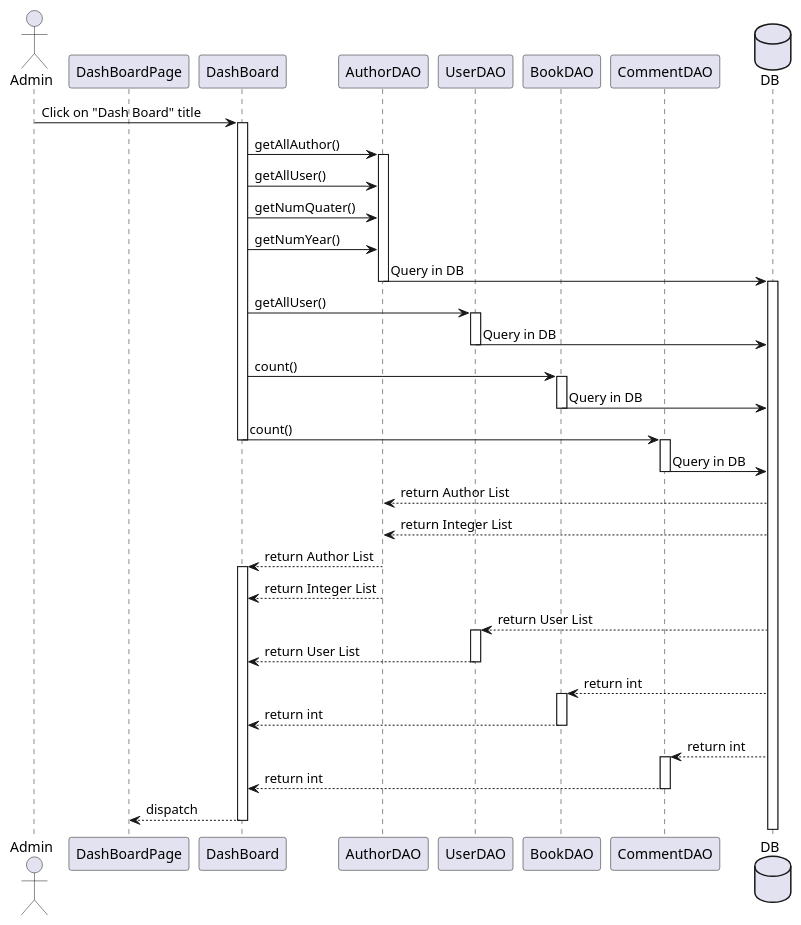
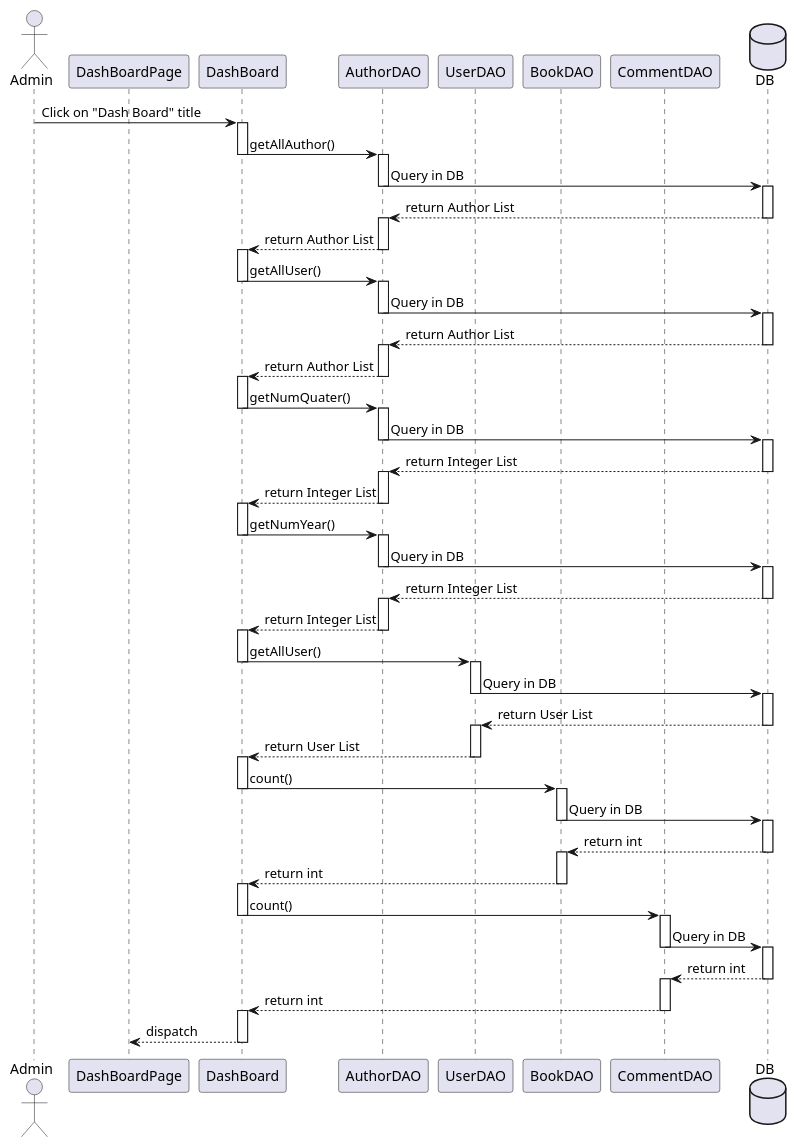
One commit to baspdd/desktop-tutorial changed the diagram in SQ/dashboard.puml. Above: the diagram before and after it, drawn with PlantUML. The commit also changed 17 other files, not shown here.

```diff
--- a/SQ/dashboard.puml
+++ b/SQ/dashboard.puml
@@ -1,48 +1,53 @@
 @startuml
 
 actor       Admin
 participant DashBoardPage
 participant DashBoard
 participant AuthorDAO
 participant UserDAO
 participant BookDAO
 participant CommentDAO
 
 
 database DB
 
 
 Admin -> DashBoard  --++: Click on "Dash Board" title
-DashBoard -> AuthorDAO ++: getAllAuthor()
-DashBoard -> AuthorDAO : getAllUser()
-DashBoard -> AuthorDAO : getNumQuater()
-DashBoard -> AuthorDAO : getNumYear()
+DashBoard -> AuthorDAO --++: getAllAuthor()
 AuthorDAO -> DB --++ : Query in DB
+DB --> AuthorDAO --++: return Author List
+AuthorDAO --> DashBoard --++: return Author List
 
-DashBoard -> UserDAO ++: getAllUser()
-UserDAO -> DB -- : Query in DB
+DashBoard -> AuthorDAO --++: getAllUser()
+AuthorDAO -> DB --++ : Query in DB
+DB --> AuthorDAO --++: return Author List
+AuthorDAO --> DashBoard --++: return Author List
 
-DashBoard -> BookDAO ++: count()
-BookDAO -> DB -- : Query in DB
+DashBoard -> AuthorDAO --++: getNumQuater()
+AuthorDAO -> DB --++ : Query in DB
+DB --> AuthorDAO --++: return Integer List
+AuthorDAO --> DashBoard --++: return Integer List
+
+DashBoard -> AuthorDAO --++: getNumYear()
+AuthorDAO -> DB --++ : Query in DB
+DB --> AuthorDAO --++: return Integer List
+AuthorDAO --> DashBoard --++: return Integer List
+
+DashBoard -> UserDAO --++: getAllUser()
+UserDAO -> DB --++ : Query in DB
+DB --> UserDAO --++: return User List
+UserDAO --> DashBoard --++: return User List
+
+DashBoard -> BookDAO --++: count()
+BookDAO -> DB --++ : Query in DB
+DB --> BookDAO --++: return int 
+BookDAO --> DashBoard --++: return int 
 
 DashBoard -> CommentDAO --++: count()
-CommentDAO -> DB  --: Query in DB
-
-
-DB --> AuthorDAO : return Author List
-DB --> AuthorDAO : return Integer List
-
-AuthorDAO --> DashBoard ++: return Author List
-AuthorDAO --> DashBoard --: return Integer List
-
-DB --> UserDAO ++: return User List
-UserDAO --> DashBoard --: return User List
-
-DB --> BookDAO ++: return int 
-BookDAO --> DashBoard --: return int 
-DB --> CommentDAO ++: return int 
-CommentDAO --> DashBoard --: return int 
+CommentDAO -> DB  --++: Query in DB
+DB --> CommentDAO --++: return int 
+CommentDAO --> DashBoard --++: return int 
 
 DashBoard --> DashBoardPage --: dispatch
 
 @enduml
```
